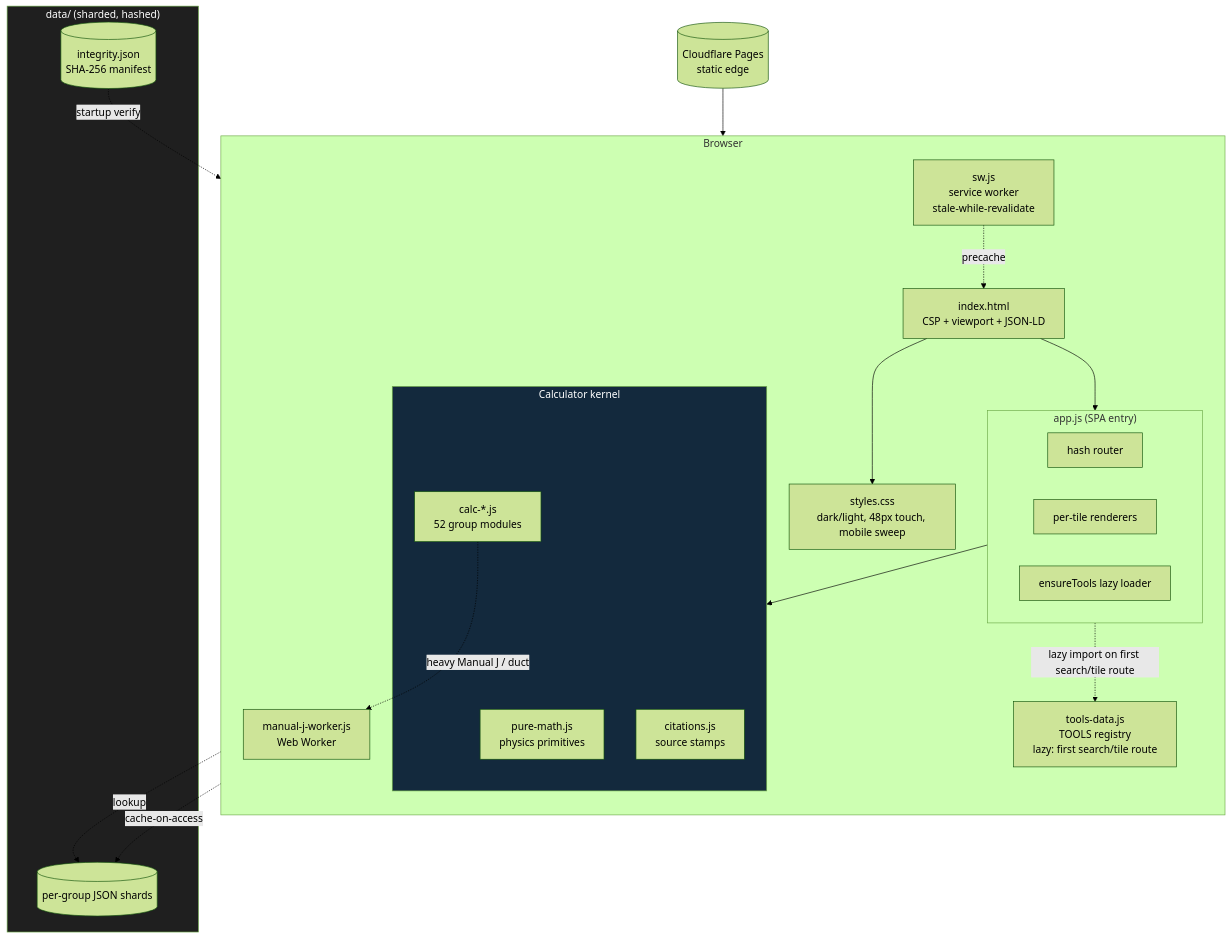
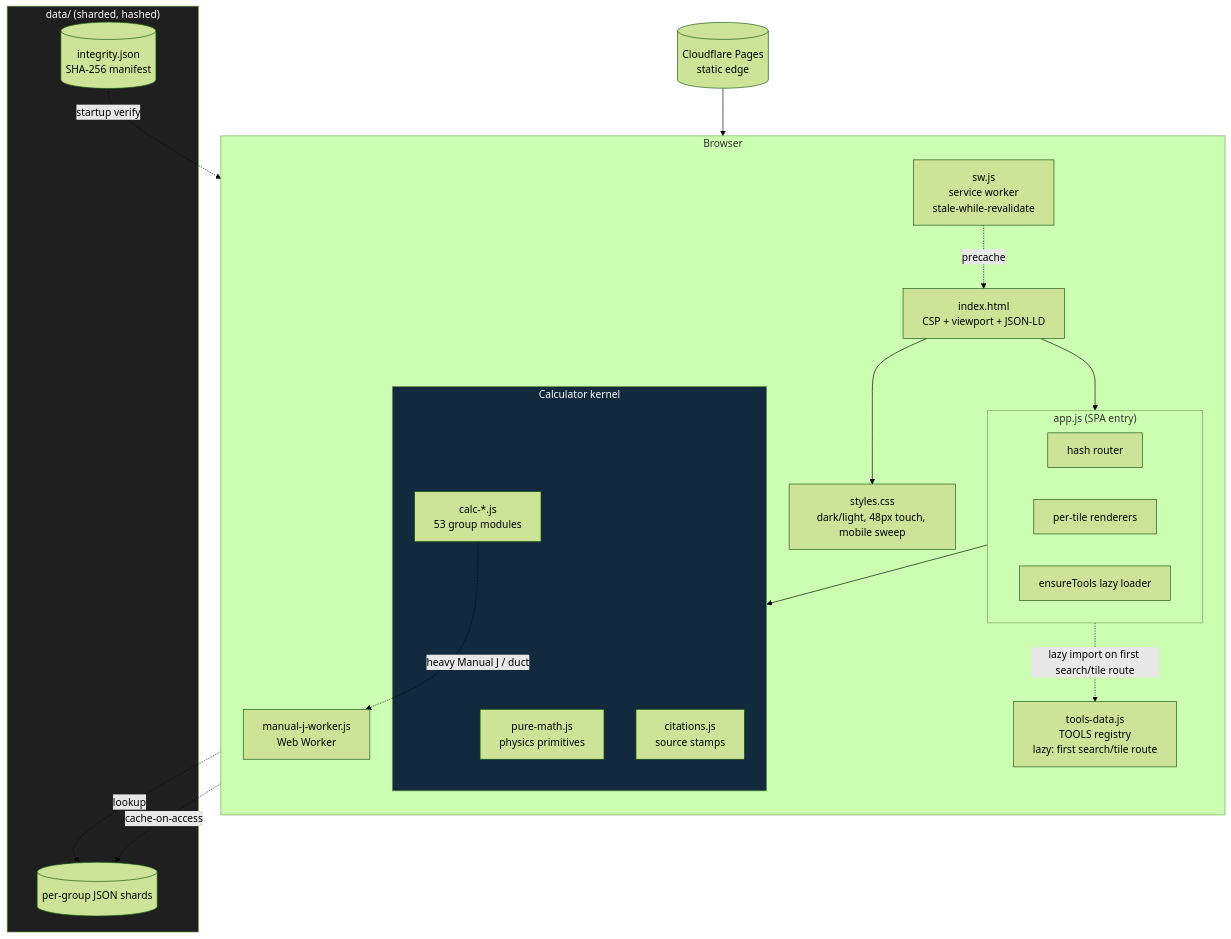
One commit to clay-good/roughlogic.com changed the second of 8 diagrams in README.md. Above: the diagram before and after it, drawn with Mermaid (forest theme). The commit also changed other lines of this file and 23 other files, not shown here.

````diff
--- a/README.md
+++ b/README.md
@@ -120,39 +120,39 @@
 ```mermaid
 flowchart TB
     subgraph Browser
         direction TB
         HTML[index.html\nCSP + viewport + JSON-LD]
         CSS[styles.css\ndark/light, 48px touch, mobile sweep]
         subgraph App["app.js (SPA entry)"]
             ROUTE[hash router]
             RENDER[per-tile renderers]
             ENSURE[ensureTools lazy loader]
         end
         TOOLS[tools-data.js\nTOOLS registry\nlazy: first search/tile route]
         subgraph Calc["Calculator kernel"]
             PM[pure-math.js\nphysics primitives]
-            CALC[calc-*.js\n52 group modules]
+            CALC[calc-*.js\n53 group modules]
             CIT[citations.js\nsource stamps]
         end
         SW[sw.js\nservice worker\nstale-while-revalidate]
         WORKER[manual-j-worker.js\nWeb Worker]
     end
     subgraph Data["data/ (sharded, hashed)"]
         SHARDS[(per-group JSON shards)]
         INTEG[(integrity.json\nSHA-256 manifest)]
     end
     CDN[(Cloudflare Pages\nstatic edge)]
 
     CDN --> HTML
     HTML --> CSS
     HTML --> App
     App -.lazy import on first search/tile route.-> TOOLS
     App --> Calc
     CALC -.->|heavy Manual J / duct| WORKER
     CALC -.->|lookup| SHARDS
     SW -.precache.-> HTML
     SW -.cache-on-access.-> SHARDS
     INTEG -.startup verify.-> App
     style Calc fill:#13293d,color:#fff
     style Data fill:#1f1f1f,color:#fff
 ```
````
